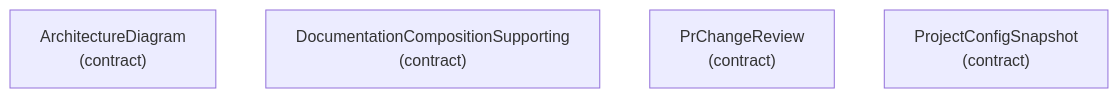
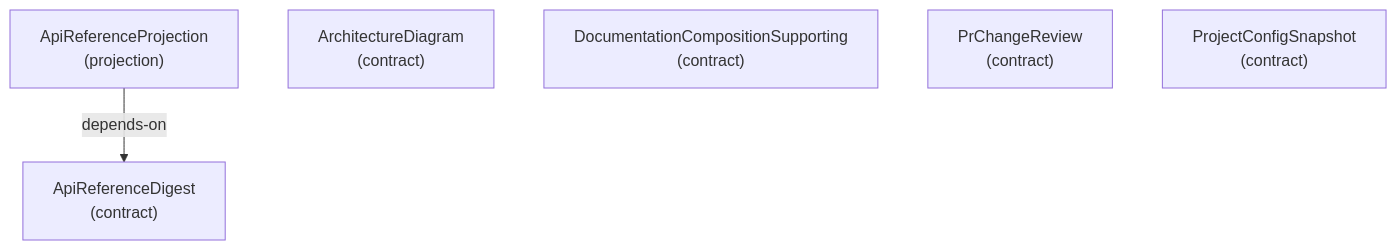
Before and after one commit to libar-dev/architect: the sixth of 23 diagrams in docs-live/ARCHITECTURE.md, drawn with Mermaid. The commit also changed other lines of this file and 97 other files, not shown here.

First line of the commit message:
feat(projection): add @architect-shape API-reference tier (WS-7)

````diff
--- a/docs-live/ARCHITECTURE.md
+++ b/docs-live/ARCHITECTURE.md
@@ -146,7 +147,10 @@
 ```mermaid
 graph TD
+  apireferencedigest["ApiReferenceDigest<br/>(contract)"]
+  apireferenceprojection["ApiReferenceProjection<br/>(projection)"]
   architecturediagram["ArchitectureDiagram<br/>(contract)"]
   documentationcompositionsupporting["DocumentationCompositionSupporting<br/>(contract)"]
   prchangereview["PrChangeReview<br/>(contract)"]
   projectconfigsnapshot["ProjectConfigSnapshot<br/>(contract)"]
+  apireferenceprojection -->|depends-on| apireferencedigest
 ```
````
